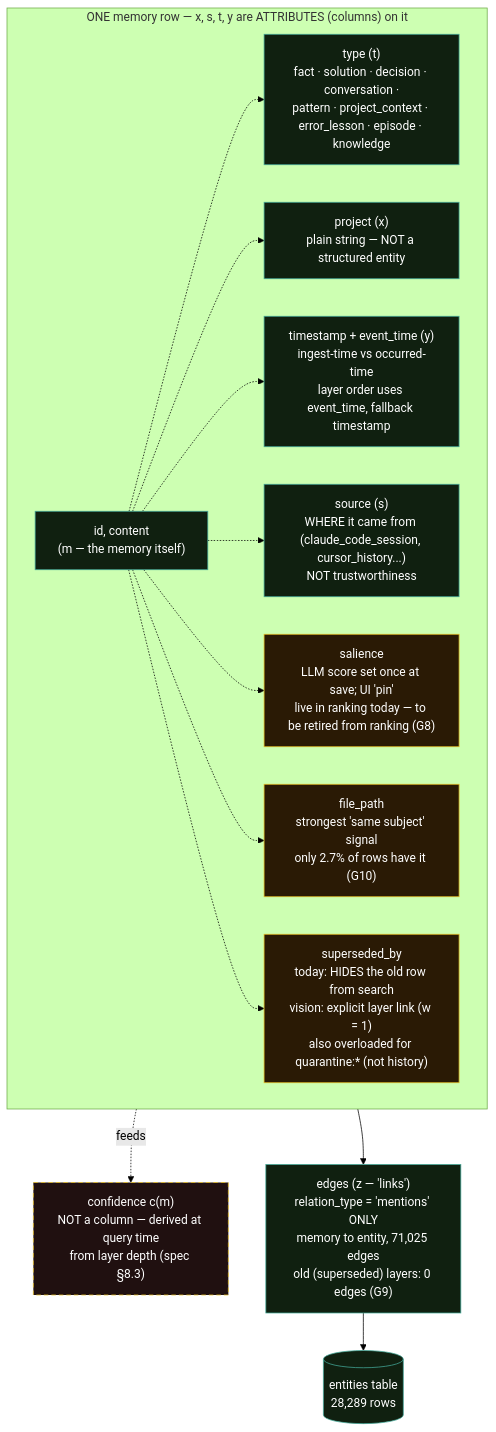
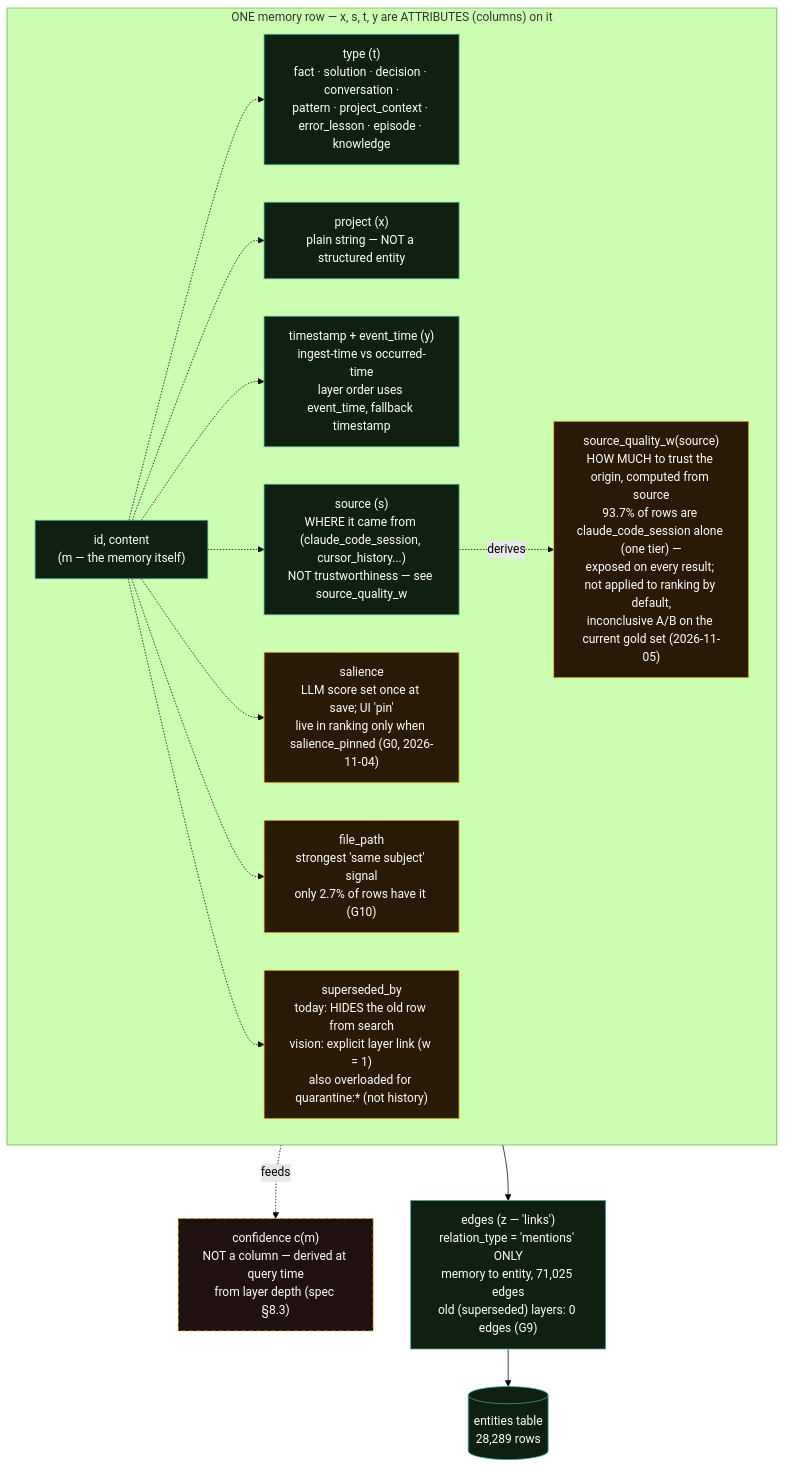
Before and after one commit to ocreamer888/brain: the second of 4 diagrams in docs/architecture/cognitive-architecture-diagram.md, drawn with Mermaid (forest theme). The commit also changed other lines of this file and 2 other files, not shown here.

Commit message:
docs: record source_quality_w in the gate tracker, diagram, and chronicle
Closes the gap this thread found: source_quality had no place in the
authoritative diagram or a reconciled gate-table entry, just an
orphaned G2 line inherited from the original Perplexity conversation.
cognitive-architecture-diagram.md gets a new SQ node (section 2) and
a merits-based explanation (item 4) of why it earns a place distinct
from salience_pinned and layer confidence. cognitive-architecture-
spec.md's G2 row is split: source_quality shipped, status dropped in
favor of tracking the real underlying problem (the superseded_by
quarantine overload) as G7/G8 prep work instead of its own gate.
CHANGELOG-SHARED-CODE-BRAIN.md gets a matching section 3.24 entry.

````diff
--- a/docs/architecture/cognitive-architecture-diagram.md
+++ b/docs/architecture/cognitive-architecture-diagram.md
@@ -61,37 +63,39 @@
 ```mermaid
 flowchart TD
     subgraph ROW["ONE memory row — x, s, t, y are ATTRIBUTES (columns) on it"]
         direction LR
         ID["id, content<br/>(m — the memory itself)"]
         TYPE["type (t)<br/>fact · solution · decision · conversation ·<br/>pattern · project_context · error_lesson · episode · knowledge"]
         PROJ["project (x)<br/>plain string — NOT a structured entity"]
         TIME["timestamp + event_time (y)<br/>ingest-time vs occurred-time<br/>layer order uses event_time, fallback timestamp"]
-        SRC["source (s)<br/>WHERE it came from (claude_code_session, cursor_history...)<br/>NOT trustworthiness"]
-        SAL["salience<br/>LLM score set once at save; UI 'pin'<br/>live in ranking today — to be retired from ranking (G8)"]
+        SRC["source (s)<br/>WHERE it came from (claude_code_session, cursor_history...)<br/>NOT trustworthiness — see source_quality_w"]
+        SQ["source_quality_w(source)<br/>HOW MUCH to trust the origin, computed from source<br/>93.7% of rows are claude_code_session alone (one tier) —<br/>exposed on every result; not applied to ranking by default,<br/>inconclusive A/B on the current gold set (2026-11-05)"]
+        SAL["salience<br/>LLM score set once at save; UI 'pin'<br/>live in ranking only when salience_pinned (G0, 2026-11-04)"]
         FP["file_path<br/>strongest 'same subject' signal<br/>only 2.7% of rows have it (G10)"]
         SUP["superseded_by<br/>today: HIDES the old row from search<br/>vision: explicit layer link (w = 1)<br/>also overloaded for quarantine:* (not history)"]
     end
 
     CONF["confidence c(m)<br/>NOT a column — derived at query time<br/>from layer depth (spec §8.3)"]
 
     ID -.-> TYPE
     ID -.-> PROJ
     ID -.-> TIME
     ID -.-> SRC
+    SRC -. "derives" .-> SQ
     ID -.-> SAL
     ID -.-> FP
     ID -.-> SUP
     SUP -. "feeds" .-> CONF
 
     ENT[("entities table<br/>28,289 rows")]
     EDGE["edges (z — 'links')<br/>relation_type = 'mentions' ONLY<br/>memory to entity, 71,025 edges<br/>old (superseded) layers: 0 edges (G9)"]
 
     ID --> EDGE --> ENT
 
     classDef real fill:#102010,stroke:#4a9,color:#fff
     classDef warn fill:#2a1a05,stroke:#e5bd24,color:#fff
     classDef proposed fill:#201010,stroke:#e5bd24,color:#fff,stroke-dasharray: 6 4
     class ID,TYPE,PROJ,TIME,SRC,EDGE,ENT real
-    class SAL,FP,SUP warn
+    class SAL,FP,SUP,SQ warn
     class CONF proposed
 ```
````
